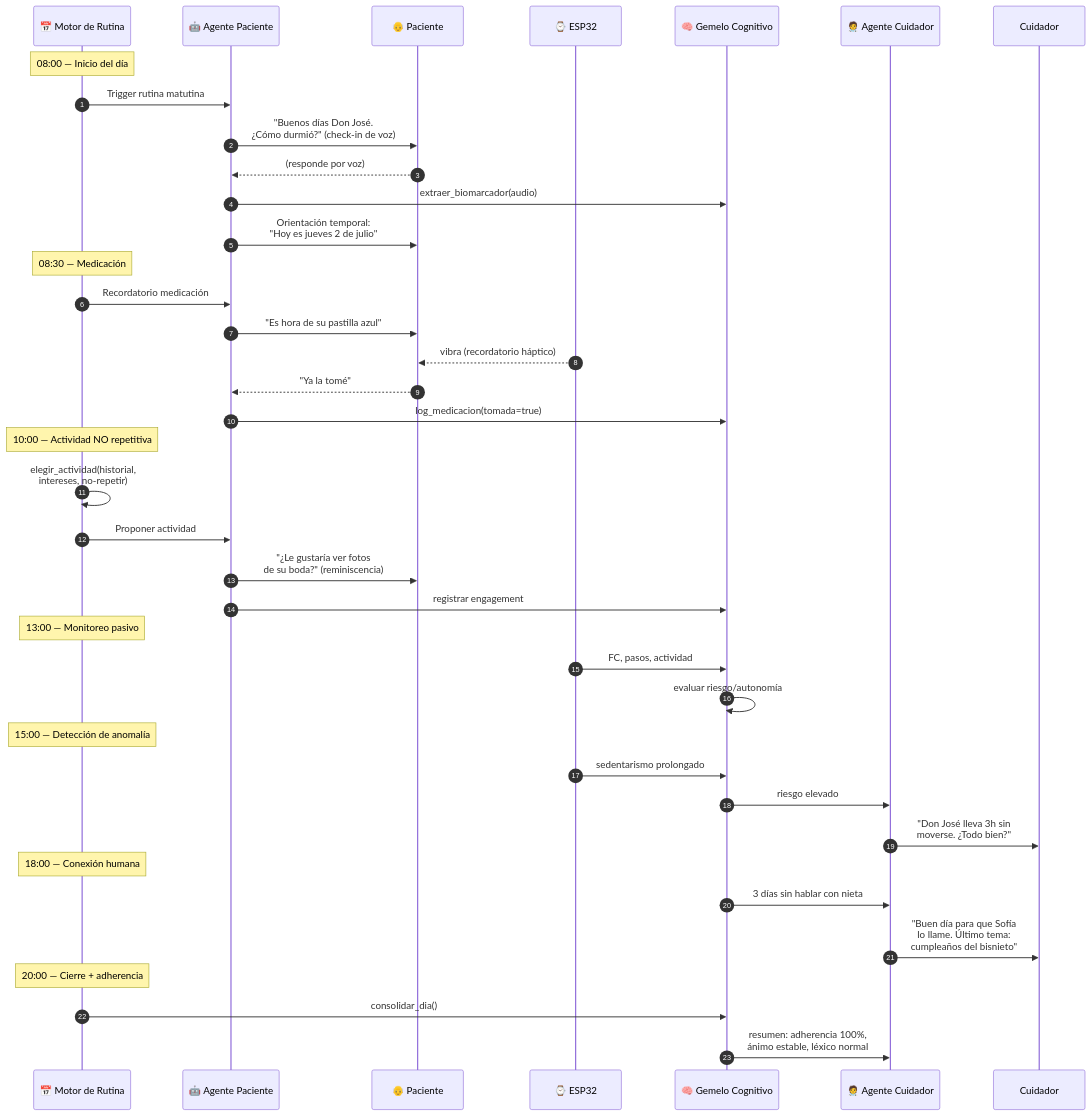
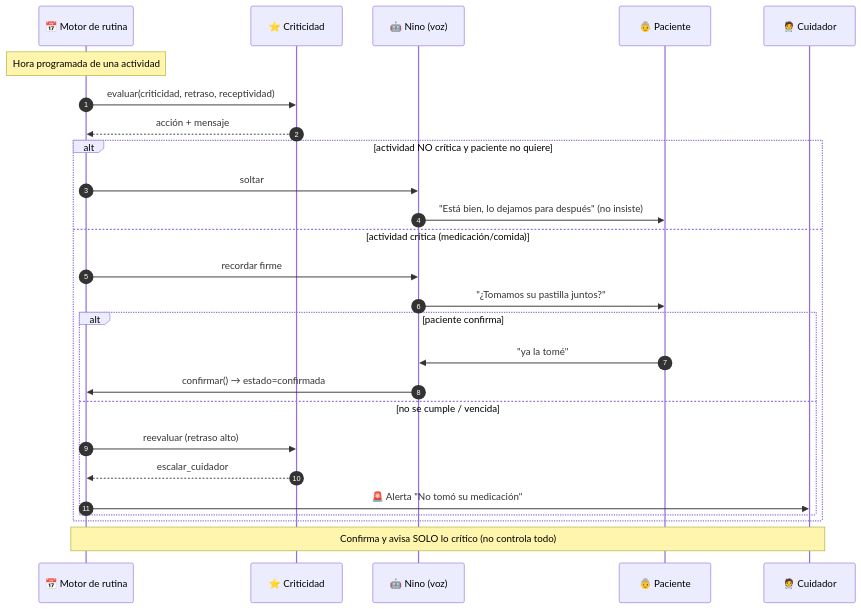
One commit to AUntiveros/hackathon_javeriana_2026_G5 changed the fifth of 8 diagrams in docs/diagrams/arquitectura.md. Above: the diagram before and after it, drawn with Mermaid. The commit also changed other lines of this file, not shown here.

First line of the commit message:
Actualizar diagramas al alcance vigente (post-pivote)

````diff
--- a/docs/diagrams/arquitectura.md
+++ b/docs/diagrams/arquitectura.md
@@ -152,48 +140,30 @@
 ```mermaid
 sequenceDiagram
     autonumber
-    participant R as 📅 Motor de Rutina
-    participant AP as 🤖 Agente Paciente
-    participant P as 👴 Paciente
-    participant HW as ⌚ ESP32
-    participant T as 🧠 Gemelo Cognitivo
-    participant AC as 🧑‍⚕️ Agente Cuidador
-    participant C as Cuidador
+    participant R as 📅 Motor de rutina
+    participant CR as ⭐ Criticidad
+    participant N as 🤖 Nino (voz)
+    participant P as 👵 Paciente
+    participant AC as 🧑‍⚕️ Cuidador
 
-    Note over R: 08:00 — Inicio del día
-    R->>AP: Trigger rutina matutina
-    AP->>P: "Buenos días Don José.<br/>¿Cómo durmió?" (check-in de voz)
-    P-->>AP: (responde por voz)
-    AP->>T: extraer_biomarcador(audio)
-    AP->>P: Orientación temporal:<br/>"Hoy es jueves 2 de julio"
+    Note over R: Hora programada de una actividad
+    R->>CR: evaluar(criticidad, retraso, receptividad)
+    CR-->>R: acción + mensaje
 
-    Note over R: 08:30 — Medicación
-    R->>AP: Recordatorio medicación
-    AP->>P: "Es hora de su pastilla azul"
-    HW-->>P: vibra (recordatorio háptico)
-    P-->>AP: "Ya la tomé"
-    AP->>T: log_medicacion(tomada=true)
-
-    Note over R: 10:00 — Actividad NO repetitiva
-    R->>R: elegir_actividad(historial,<br/>intereses, no-repetir)
-    R->>AP: Proponer actividad
-    AP->>P: "¿Le gustaría ver fotos<br/>de su boda?" (reminiscencia)
-    AP->>T: registrar engagement
-
-    Note over R: 13:00 — Monitoreo pasivo
-    HW->>T: FC, pasos, actividad
-    T->>T: evaluar riesgo/autonomía
-
-    Note over R: 15:00 — Detección de anomalía
-    HW->>T: sedentarismo prolongado
-    T->>AC: riesgo elevado
-    AC->>C: "Don José lleva 3h sin<br/>moverse. ¿Todo bien?"
-
-    Note over R: 18:00 — Conexión humana
-    T->>AC: 3 días sin hablar con nieta
-    AC->>C: "Buen día para que Sofía<br/>lo llame. Último tema:<br/>cumpleaños del bisnieto"
-
-    Note over R: 20:00 — Cierre + adherencia
-    R->>T: consolidar_dia()
-    T->>AC: resumen: adherencia 100%,<br/>ánimo estable, léxico normal
+    alt actividad NO crítica y paciente no quiere
+        R->>N: soltar
+        N->>P: "Está bien, lo dejamos para después" (no insiste)
+    else actividad crítica (medicación/comida)
+        R->>N: recordar firme
+        N->>P: "¿Tomamos su pastilla juntos?"
+        alt paciente confirma
+            P->>N: "ya la tomé"
+            N->>R: confirmar() → estado=confirmada
+        else no se cumple / vencida
+            R->>CR: reevaluar (retraso alto)
+            CR-->>R: escalar_cuidador
+            R->>AC: 🚨 Alerta "No tomó su medicación"
+        end
+    end
+    Note over R,AC: Confirma y avisa SOLO lo crítico (no controla todo)
 ```
````
